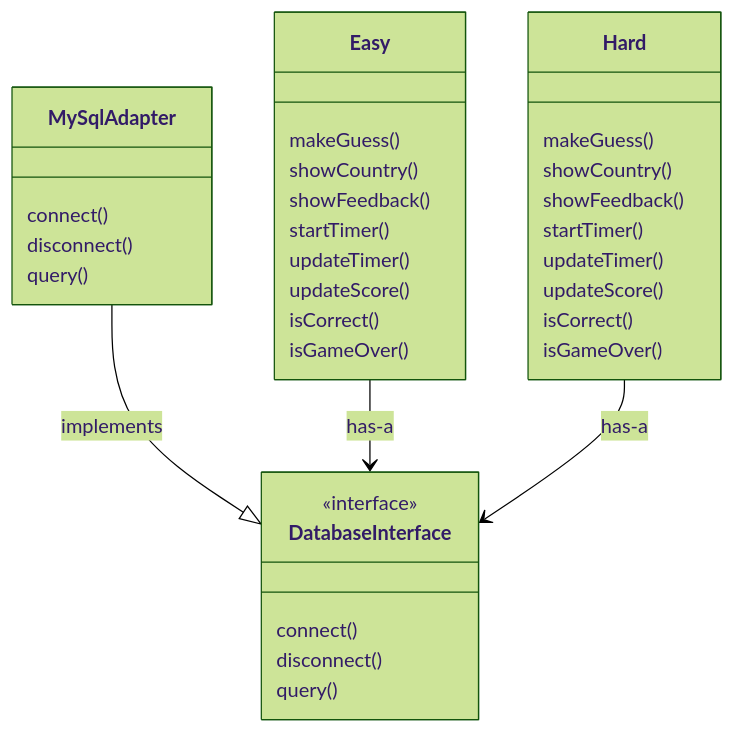
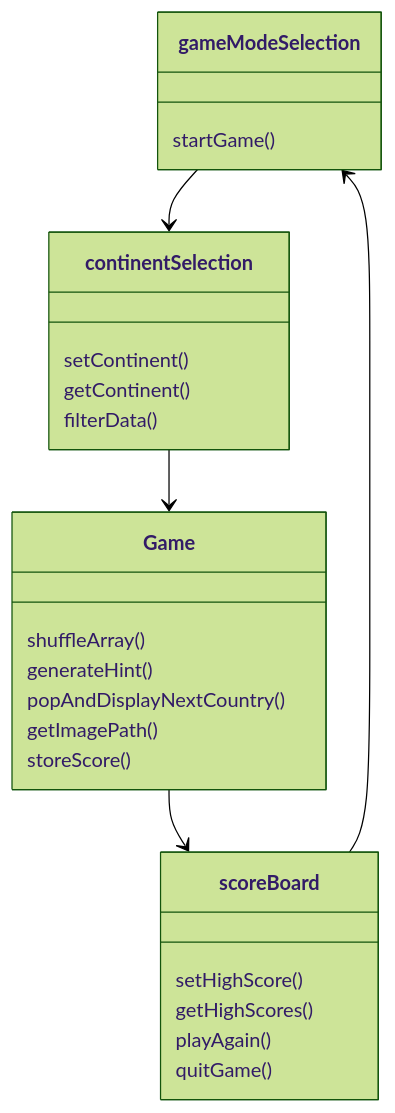
The third of 3 diagrams in DesignDocument.md (oam67/Software_Engineering_Project), drawn with Mermaid (forest theme) before and after one commit. The commit also changed other lines of this file, not shown here.

Commit message:
Updating the high-level design documentation

````diff
--- a/DesignDocument.md
+++ b/DesignDocument.md
@@ -116,42 +66,29 @@
 ```mermaid
 classDiagram
-    MySqlAdapter --|> DatabaseInterface :implements
-    Easy --> DatabaseInterface :has-a
-    Hard --> DatabaseInterface :has-a
-
-    class DatabaseInterface{
-        <<interface>>
-        connect()
-        disconnect()
-        query()
+    class gameModeSelection {
+        startGame()
+    }
+    class continentSelection {
+        setContinent()
+        getContinent()
+        filterData()
+    }
+    class Game {
+        shuffleArray()
+        generateHint()
+        popAndDisplayNextCountry()
+        getImagePath()
+        storeScore()
+    }
+    class scoreBoard {
+        setHighScore()
+        getHighScores()
+        playAgain()
+        quitGame()
     }
 
-    class MySqlAdapter{
-        connect()
-        disconnect()
-        query()
-    }
-
-    class Easy{
-        makeGuess()
-        showCountry()
-        showFeedback()
-        startTimer()
-        updateTimer()
-        updateScore()
-        isCorrect()
-        isGameOver()
-    }
-
-    class Hard{
-        makeGuess()
-        showCountry()
-        showFeedback()
-        startTimer()
-        updateTimer()
-        updateScore()
-        isCorrect()
-        isGameOver()
-    }
-
+    gameModeSelection --> continentSelection
+    continentSelection --> Game
+    Game --> scoreBoard
+    scoreBoard --> gameModeSelection
 ```
````
